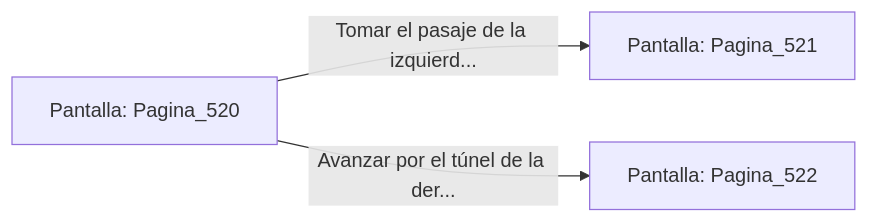
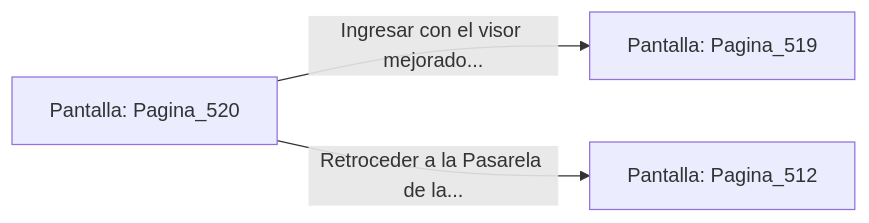
One commit to metsuke/mpl changed the diagram in sample/eligejuego-vault/Pantalla_Pagina_520.md. Above: the diagram before and after it, drawn with Mermaid. The commit also changed other lines of this file and 635 other files, not shown here.

First line of the commit message:
fix: añadir Pagina_1 como pantalla inicial en capitulo_01.mpl

````diff
--- a/sample/eligejuego-vault/Pantalla_Pagina_520.md
+++ b/sample/eligejuego-vault/Pantalla_Pagina_520.md
@@ -20,6 +22,6 @@
 ```mermaid
 graph LR
     P_Pagina_520["Pantalla: Pagina_520"]
-    P_Pagina_520 -->|"Tomar el pasaje de la izquierd..."| P_Pagina_521["Pantalla: Pagina_521"]
-    P_Pagina_520 -->|"Avanzar por el túnel de la der..."| P_Pagina_522["Pantalla: Pagina_522"]
+    P_Pagina_520 -->|"Ingresar con el visor mejorado..."| P_Pagina_519["Pantalla: Pagina_519"]
+    P_Pagina_520 -->|"Retroceder a la Pasarela de la..."| P_Pagina_512["Pantalla: Pagina_512"]
 ```
````
